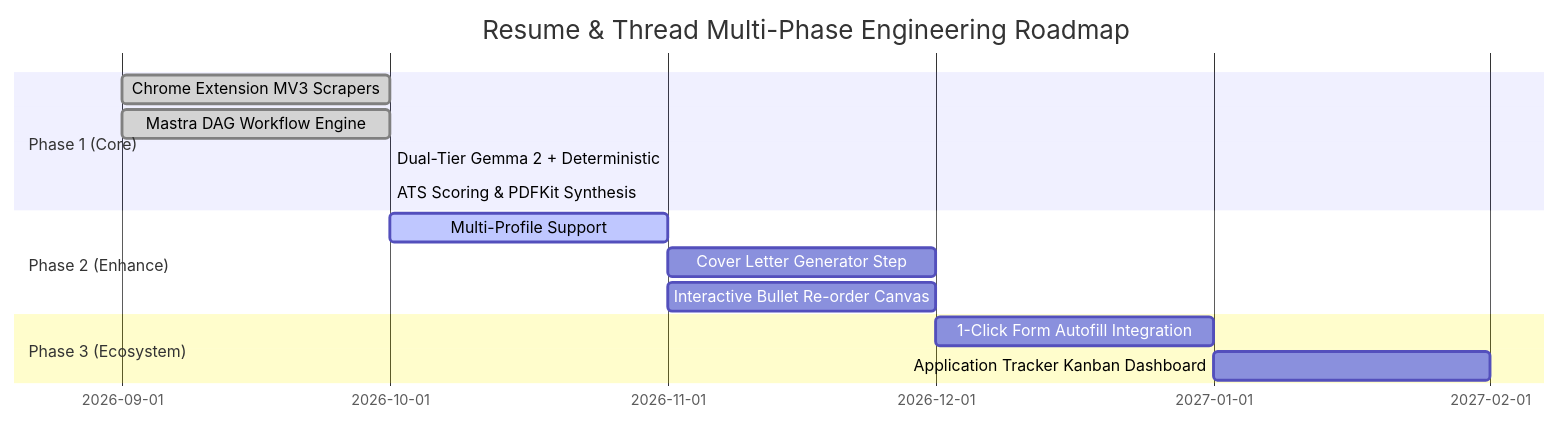
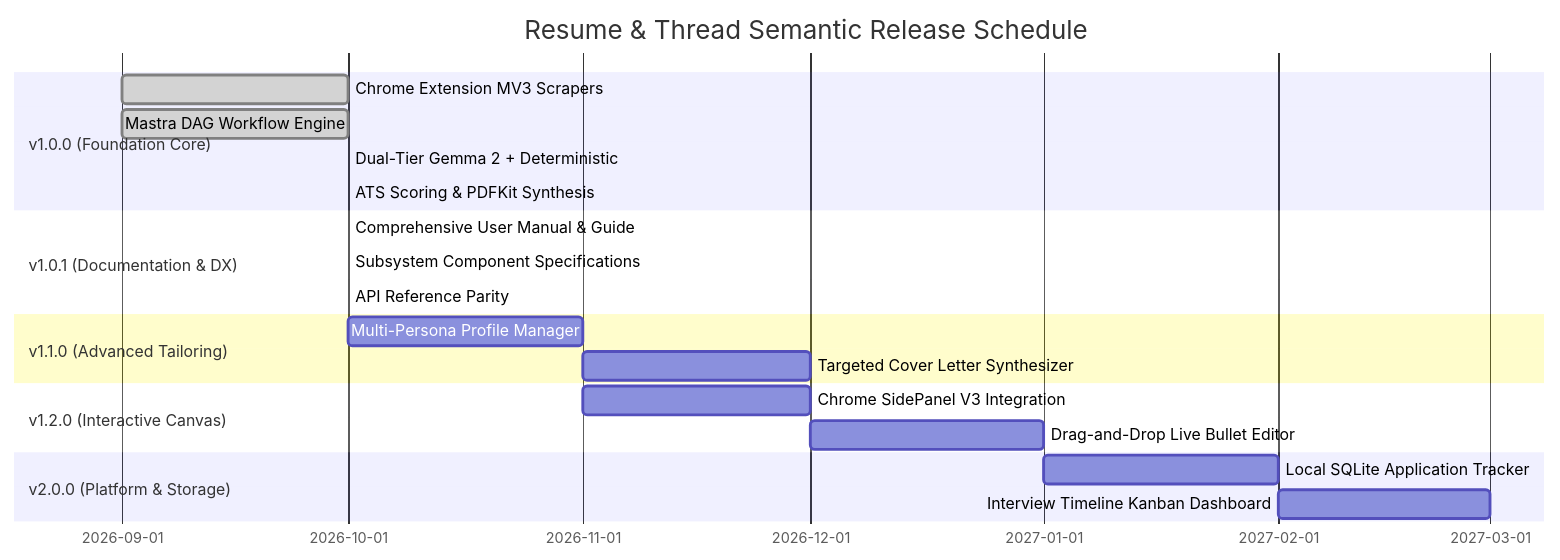
Before and after one commit to Inkesk-Dozing/Resume-and-Thread: the diagram in docs/roadmap/unified-platform-roadmap.md, drawn with Mermaid. The commit also changed other lines of this file and 7 other files, not shown here.

First line of the commit message:
docs(v1.0.1): establish comprehensive user guide, component specifications & API parity (#29)

````diff
--- a/docs/roadmap/unified-platform-roadmap.md
+++ b/docs/roadmap/unified-platform-roadmap.md
@@ -7,17 +7,23 @@
 ```mermaid
 gantt
-    title Resume & Thread Multi-Phase Engineering Roadmap
+    title Resume & Thread Semantic Release Schedule
     dateFormat  YYYY-MM
-    section Phase 1 (Core)
-    Chrome Extension MV3 Scrapers        :done, p1_1, 2026-09, 2026-10
-    Mastra DAG Workflow Engine           :done, p1_2, 2026-09, 2026-10
-    Dual-Tier Gemma 2 + Deterministic    :done, p1_3, 2026-10, 2026-10
-    ATS Scoring & PDFKit Synthesis       :done, p1_4, 2026-10, 2026-10
-    section Phase 2 (Enhance)
-    Multi-Profile Support                :active, p2_1, 2026-10, 2026-11
-    Cover Letter Generator Step          :p2_2, 2026-11, 2026-12
-    Interactive Bullet Re-order Canvas   :p2_3, 2026-11, 2026-12
-    section Phase 3 (Ecosystem)
-    1-Click Form Autofill Integration    :p3_1, 2026-12, 2027-01
-    Application Tracker Kanban Dashboard :p3_2, 2027-01, 2027-02
+    section v1.0.0 (Foundation Core)
+    Chrome Extension MV3 Scrapers        :done, v1_1, 2026-09, 2026-10
+    Mastra DAG Workflow Engine           :done, v1_2, 2026-09, 2026-10
+    Dual-Tier Gemma 2 + Deterministic    :done, v1_3, 2026-10, 2026-10
+    ATS Scoring & PDFKit Synthesis       :done, v1_4, 2026-10, 2026-10
+    section v1.0.1 (Documentation & DX)
+    Comprehensive User Manual & Guide   :active, v101_1, 2026-10, 2026-10
+    Subsystem Component Specifications   :active, v101_2, 2026-10, 2026-10
+    API Reference Parity                 :active, v101_3, 2026-10, 2026-10
+    section v1.1.0 (Advanced Tailoring)
+    Multi-Persona Profile Manager        :v11_1, 2026-10, 2026-11
+    Targeted Cover Letter Synthesizer    :v11_2, 2026-11, 2026-12
+    section v1.2.0 (Interactive Canvas)
+    Chrome SidePanel V3 Integration      :v12_1, 2026-11, 2026-12
+    Drag-and-Drop Live Bullet Editor     :v12_2, 2026-12, 2027-01
+    section v2.0.0 (Platform & Storage)
+    Local SQLite Application Tracker     :v20_1, 2027-01, 2027-02
+    Interview Timeline Kanban Dashboard  :v20_2, 2027-02, 2027-03
 ```
````
